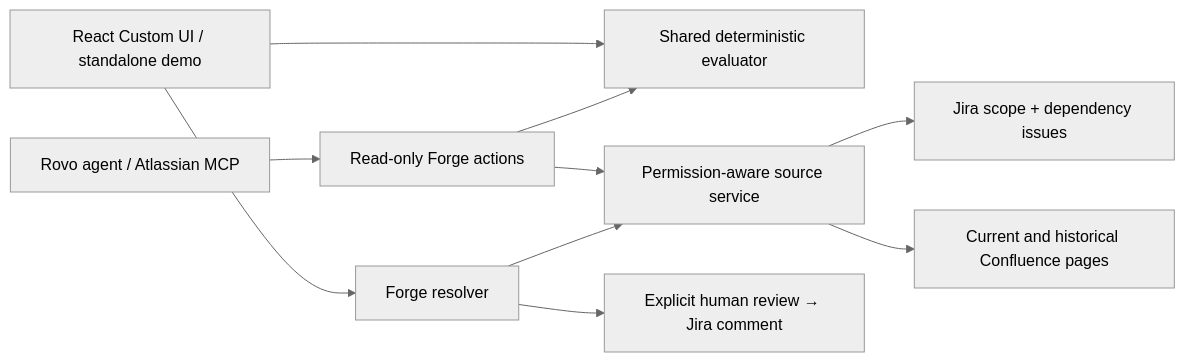
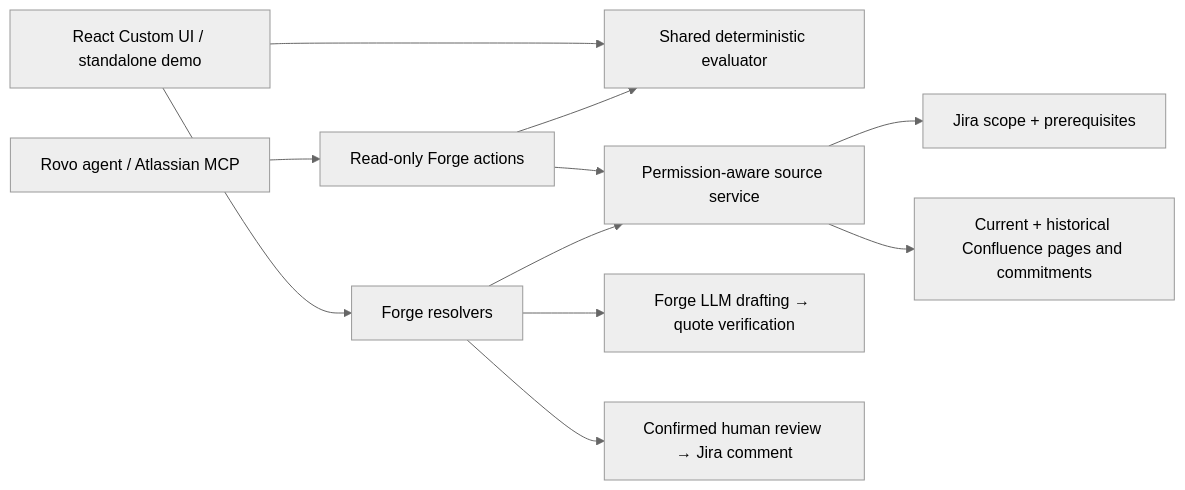
One commit to ZNLong2203/Accord-codegeist-2026 changed the diagram in README.md. Above: the diagram before and after it, drawn with Mermaid (neutral theme). The commit also changed other lines of this file and 7 other files, not shown here.

First line of the commit message:
docs: explain prose commitments, sample release and LLM data use

````diff
--- a/README.md
+++ b/README.md
@@ -85,12 +88,13 @@
 ```mermaid
 flowchart LR
   UI[React Custom UI / standalone demo] --> E[Shared deterministic evaluator]
-  UI --> B[Forge resolver]
+  UI --> B[Forge resolvers]
   A[Rovo agent / Atlassian MCP] --> T[Read-only Forge actions]
   T --> E
   T --> S[Permission-aware source service]
   B --> S
-  S --> J[Jira scope + dependency issues]
-  S --> C[Current and historical Confluence pages]
-  B --> H[Explicit human review → Jira comment]
+  B --> L[Forge LLM drafting → quote verification]
+  S --> J[Jira scope + prerequisites]
+  S --> C[Current + historical Confluence pages and commitments]
+  B --> H[Confirmed human review → Jira comment]
 ```
````
